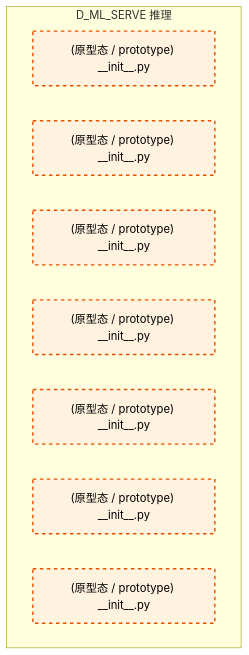
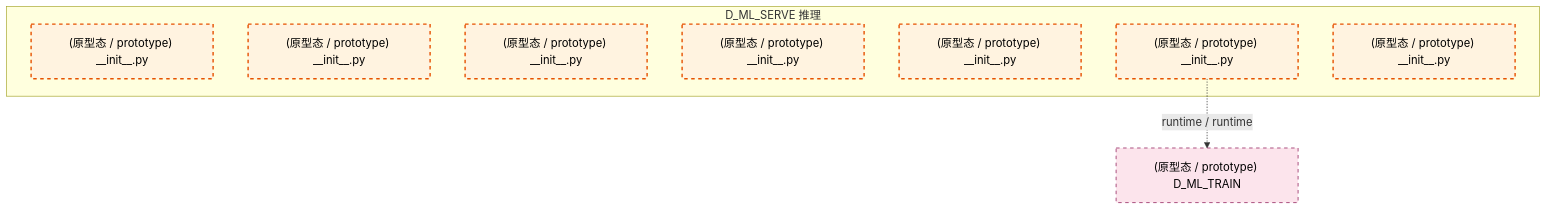
Before and after one commit to xuanFelixVan/ZephyrAlpha: the second of 3 diagrams in docs/02_enterprise_architecture/02_domain_architecture_docs/49_d_ml_serve.md, drawn with Mermaid. The commit also changed other lines of this file and 99 other files, not shown here.

````diff
--- a/docs/02_enterprise_architecture/02_domain_architecture_docs/49_d_ml_serve.md
+++ b/docs/02_enterprise_architecture/02_domain_architecture_docs/49_d_ml_serve.md
@@ -103,17 +106,20 @@
 ```mermaid
 graph TD
     subgraph D_ML_SERVE["D_ML_SERVE 推理"]
         src_zephyr_ml_serve_init_py["(原型态 / prototype) __init__.py"]
         src_zephyr_ml_serve_extensions_init_py["(原型态 / prototype) __init__.py"]
         src_zephyr_ml_serve_api_init_py["(原型态 / prototype) __init__.py"]
         src_zephyr_ml_serve_core_init_py["(原型态 / prototype) __init__.py"]
         src_zephyr_ml_serve_infrastructure_init_py["(原型态 / prototype) __init__.py"]
         src_zephyr_ml_serve_models_init_py["(原型态 / prototype) __init__.py"]
         src_zephyr_ml_serve_services_init_py["(原型态 / prototype) __init__.py"]
     end
+    D_ML_TRAIN["(原型态 / prototype) D_ML_TRAIN"]
+    src_zephyr_ml_serve_models_init_py -.->|runtime / runtime| D_ML_TRAIN
     classDef production fill:#e1f5fe,stroke:#01579b,stroke-width:2px,color:#000
     classDef design fill:#fff3e0,stroke:#e65100,stroke-width:2px,color:#000,stroke-dasharray: 5 5
     classDef external_prod fill:#e8f5e9,stroke:#1b5e20,stroke-width:1px,color:#000
     classDef external_design fill:#fce4ec,stroke:#880e4f,stroke-width:1px,color:#000,stroke-dasharray: 5 5
     class src_zephyr_ml_serve_init_py,src_zephyr_ml_serve_extensions_init_py,src_zephyr_ml_serve_api_init_py,src_zephyr_ml_serve_core_init_py,src_zephyr_ml_serve_infrastructure_init_py,src_zephyr_ml_serve_models_init_py,src_zephyr_ml_serve_services_init_py design
+    class D_ML_TRAIN external_design
 ```
````
